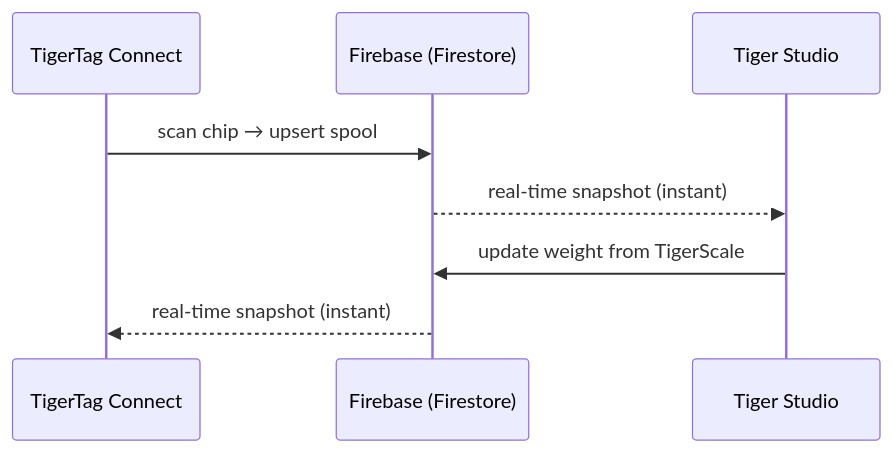
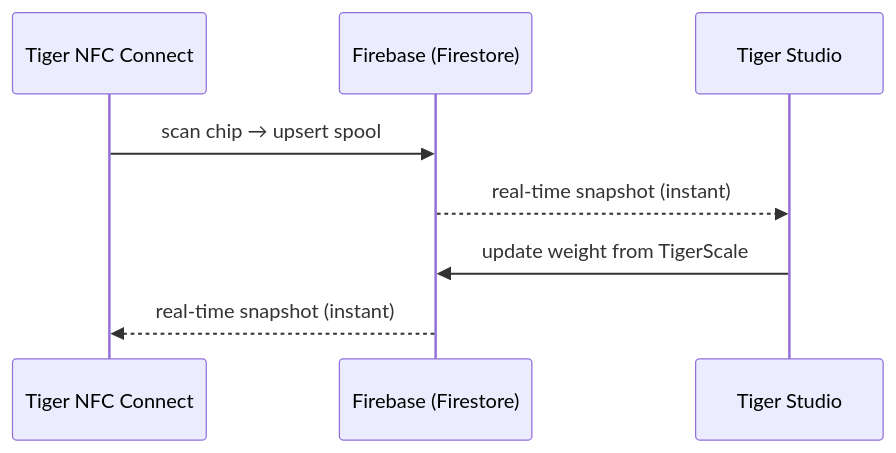
The diagram in docs/concepts/inventory-and-cloud-sync.md (TigerTag-Project/TigerSystem-Docs), drawn with Mermaid before and after one commit. The commit also changed 18 other files, not shown here.

Commit message:
Adopt the final app name Tiger NFC Connect everywhere, and scope the sandbox claim to the user-facing software: the factory-side chip-programming toolchain is production-grade

````diff
--- a/docs/concepts/inventory-and-cloud-sync.md
+++ b/docs/concepts/inventory-and-cloud-sync.md
@@ -11,10 +11,10 @@
 ```mermaid
 sequenceDiagram
-    participant Phone as TigerTag Connect
+    participant Phone as Tiger NFC Connect
     participant Cloud as Firebase (Firestore)
     participant Desktop as Tiger Studio
     Phone->>Cloud: scan chip → upsert spool
     Cloud-->>Desktop: real-time snapshot (instant)
     Desktop->>Cloud: update weight from TigerScale
     Cloud-->>Phone: real-time snapshot (instant)
 ```
````
